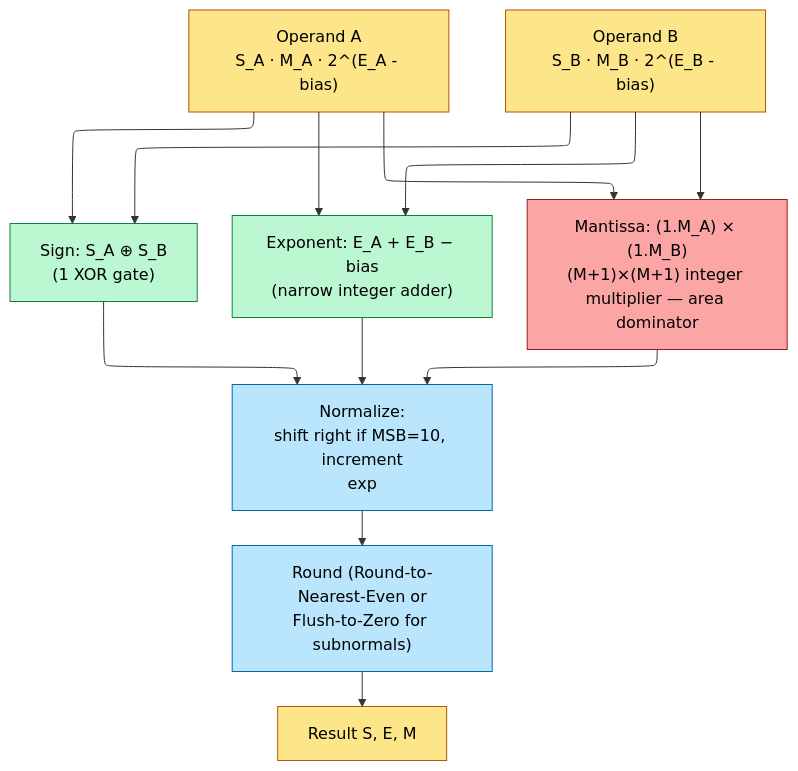
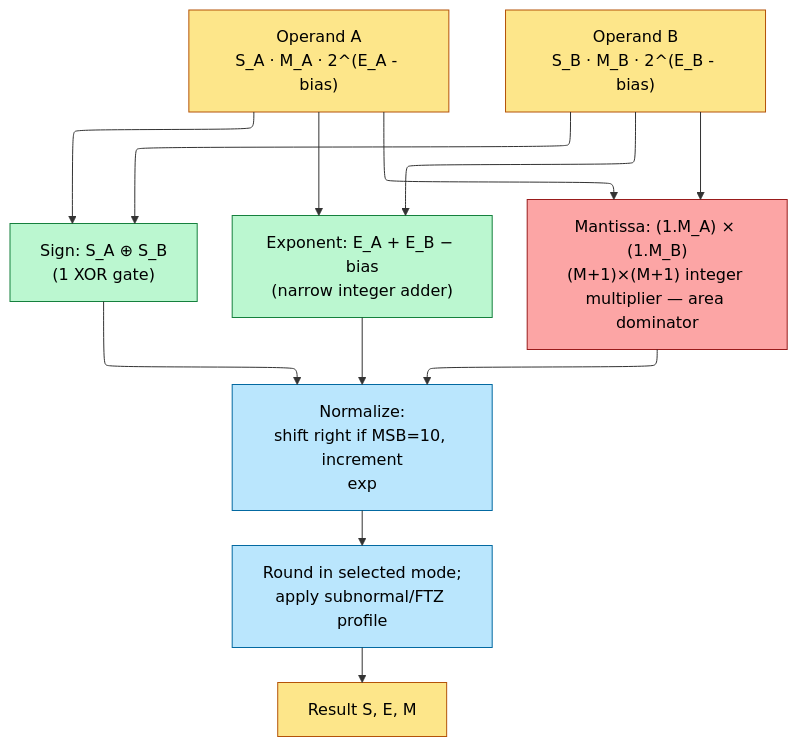
Before and after one commit to Wty2003328/ai_infra_intro: the fifth of 17 diagrams in L2_Digital_Design_for_AI/02_FP_Unit_Design.md, drawn with Mermaid. The commit also changed other lines of this file and 3 other files, not shown here.

````diff
--- a/L2_Digital_Design_for_AI/02_FP_Unit_Design.md
+++ b/L2_Digital_Design_for_AI/02_FP_Unit_Design.md
@@ -141,23 +365,23 @@
 ```mermaid
 %%{init: {"flowchart": {"defaultRenderer": "elk", "nodeSpacing": 60, "rankSpacing": 60, "htmlLabels": false}}}%%
 flowchart TD
     A["Operand A<br/>S_A · M_A · 2^(E_A - bias)"]:::op
     B["Operand B<br/>S_B · M_B · 2^(E_B - bias)"]:::op
     SIGN["Sign: S_A ⊕ S_B<br/>(1 XOR gate)"]:::triv
     EXP["Exponent: E_A + E_B − bias<br/>(narrow integer adder)"]:::triv
     MANT["Mantissa: (1.M_A) × (1.M_B)<br/>(M+1)×(M+1) integer multiplier — area dominator"]:::big
     NORM[Normalize:<br/>shift right if MSB=10, increment<br/>exp]:::norm
-    ROUND["Round (Round-to-Nearest-Even or<br/>Flush-to-Zero for subnormals)"]:::norm
+    ROUND["Round in selected mode;<br/>apply subnormal/FTZ profile"]:::norm
     OUT[Result S, E, M]:::op
     A --> SIGN
     A --> EXP
     A --> MANT
     B --> SIGN
     B --> EXP
     B --> MANT
     SIGN & EXP & MANT --> NORM --> ROUND --> OUT
     classDef op fill:#fde68a,stroke:#b45309,color:#000
     classDef triv fill:#bbf7d0,stroke:#15803d,color:#000
     classDef big fill:#fca5a5,stroke:#991b1b,color:#000
     classDef norm fill:#bae6fd,stroke:#0369a1,color:#000
 ```
````
